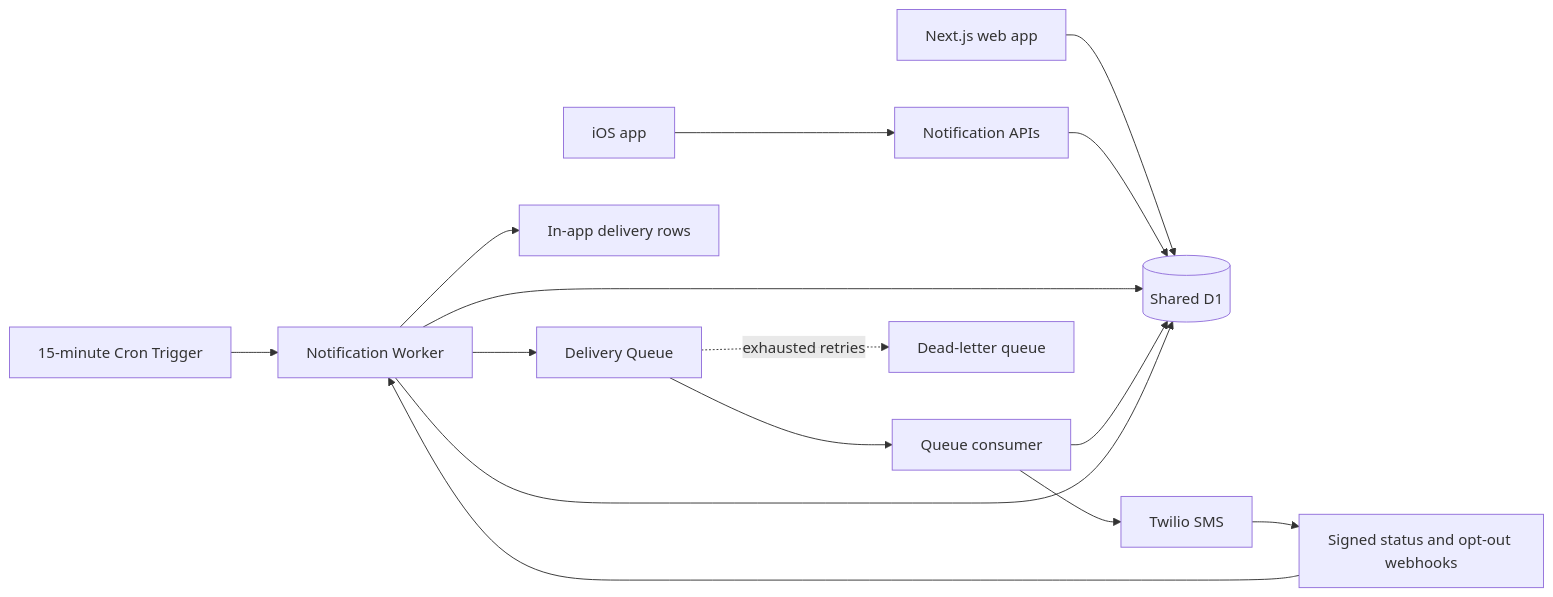
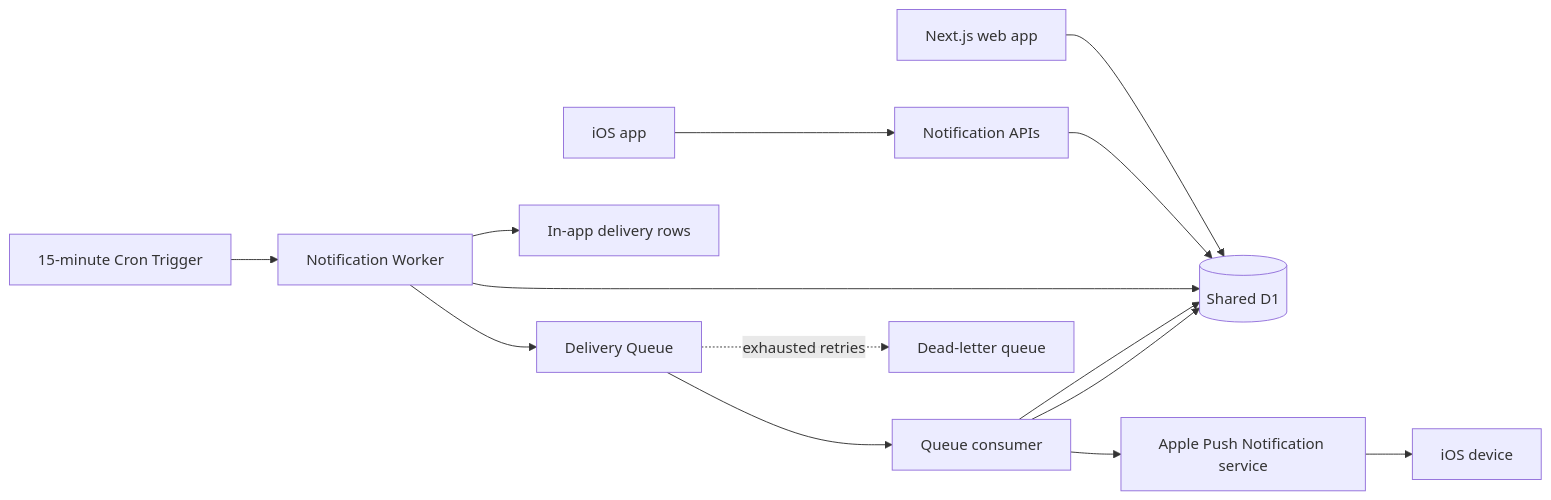
Before and after one commit to zacjones93/food-tracker: the diagram in docs/notification-system-rfc.md, drawn with Mermaid. The commit also changed other lines of this file and 195 other files, not shown here.

````diff
--- a/docs/notification-system-rfc.md
+++ b/docs/notification-system-rfc.md
@@ -139,17 +141,16 @@
 ```mermaid
 flowchart LR
   Web[Next.js web app] --> D1[(Shared D1)]
   IOS[iOS app] --> API[Notification APIs]
   API --> D1
   Schedule[15-minute Cron Trigger] --> Worker[Notification Worker]
   Worker --> D1
   Worker --> Inbox[In-app delivery rows]
   Worker --> Queue[Delivery Queue]
   Queue --> Consumer[Queue consumer]
   Consumer --> D1
-  Consumer --> SMS[Twilio SMS]
-  SMS --> Webhook[Signed status and opt-out webhooks]
-  Webhook --> Worker
-  Worker --> D1
+  Consumer --> APNS[Apple Push Notification service]
+  APNS --> Device[iOS device]
+  Consumer --> D1
   Queue -. exhausted retries .-> DLQ[Dead-letter queue]
 ```
````
